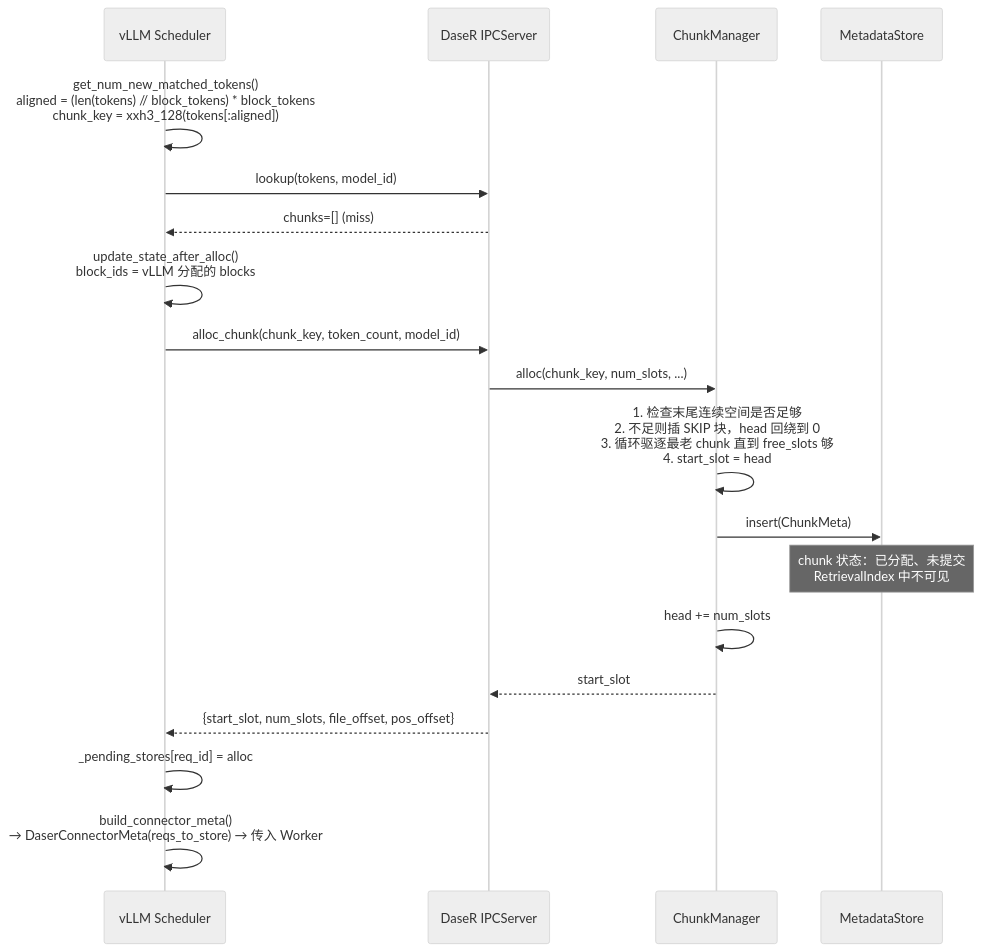
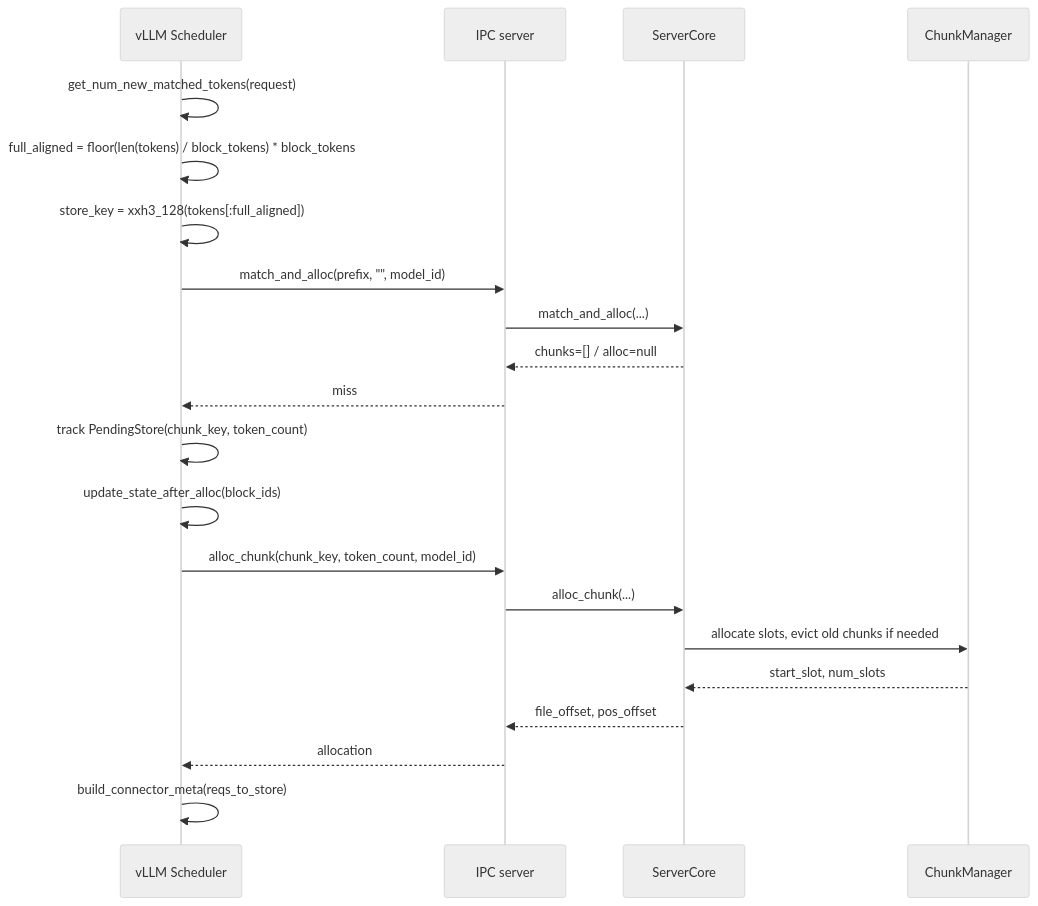
Before and after one commit to GentleCold/DaseR: the third of 8 diagrams in docs/design/flows.md, drawn with Mermaid (neutral theme). The commit also changed other lines of this file and 5 other files, not shown here.

````diff
--- a/docs/design/flows.md
+++ b/docs/design/flows.md
@@ -9,24 +72,25 @@
 ```mermaid
 sequenceDiagram
     participant S as vLLM Scheduler
-    participant IPC as DaseR IPCServer
+    participant IPC as IPC server
+    participant C as ServerCore
     participant CM as ChunkManager
-    participant MS as MetadataStore
 
-    S->>S: get_num_new_matched_tokens()<br/>aligned = (len(tokens) // block_tokens) * block_tokens<br/>chunk_key = xxh3_128(tokens[:aligned])
-    S->>IPC: lookup(tokens, model_id)
-    IPC-->>S: chunks=[] (miss)
+    S->>S: get_num_new_matched_tokens(request)
+    S->>S: full_aligned = floor(len(tokens) / block_tokens) * block_tokens
+    S->>S: store_key = xxh3_128(tokens[:full_aligned])
+    S->>IPC: match_and_alloc(prefix, "", model_id)
+    IPC->>C: match_and_alloc(...)
+    C-->>IPC: chunks=[] / alloc=null
+    IPC-->>S: miss
+    S->>S: track PendingStore(chunk_key, token_count)
 
-    S->>S: update_state_after_alloc()<br/>block_ids = vLLM 分配的 blocks
+    S->>S: update_state_after_alloc(block_ids)
     S->>IPC: alloc_chunk(chunk_key, token_count, model_id)
-    IPC->>CM: alloc(chunk_key, num_slots, ...)
-    CM->>CM: 1. 检查末尾连续空间是否足够<br/>2. 不足则插 SKIP 块，head 回绕到 0<br/>3. 循环驱逐最老 chunk 直到 free_slots 够<br/>4. start_slot = head
-    CM->>MS: insert(ChunkMeta)
-    Note over MS: chunk 状态：已分配、未提交<br/>RetrievalIndex 中不可见
-    CM->>CM: head += num_slots
-    CM-->>IPC: start_slot
-    IPC-->>S: {start_slot, num_slots, file_offset, pos_offset}
-
-    S->>S: _pending_stores[req_id] = alloc
-    S->>S: build_connector_meta()<br/>→ DaserConnectorMeta(reqs_to_store) → 传入 Worker
+    IPC->>C: alloc_chunk(...)
+    C->>CM: allocate slots, evict old chunks if needed
+    CM-->>C: start_slot, num_slots
+    C-->>IPC: file_offset, pos_offset
+    IPC-->>S: allocation
+    S->>S: build_connector_meta(reqs_to_store)
 ```
````
